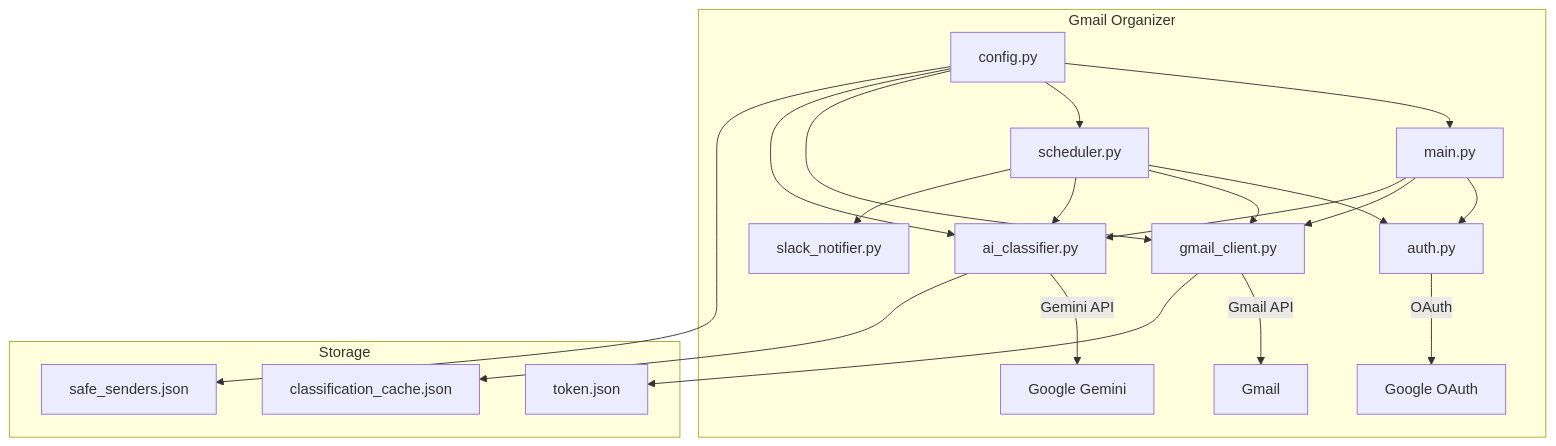
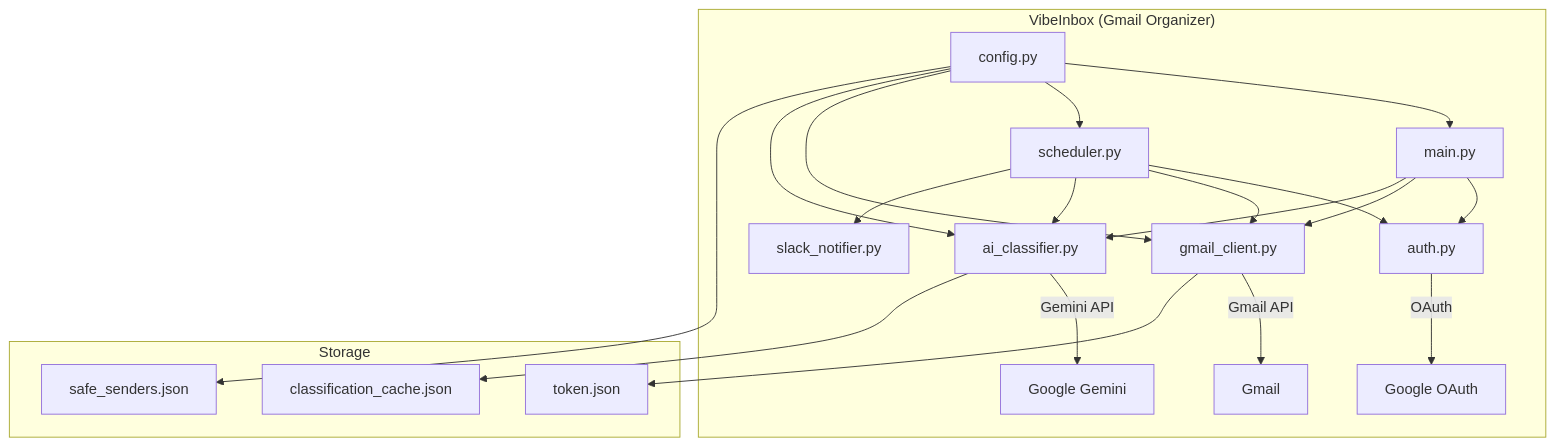
One commit to kks0488/vibe-inbox changed the diagram in docs/architecture.md. Above: the diagram before and after it, drawn with Mermaid. The commit also changed other lines of this file and 2 other files, not shown here.

Commit message:
docs: rebrand as VibeInbox

````diff
--- a/docs/architecture.md
+++ b/docs/architecture.md
@@ -5,28 +5,28 @@
 ```mermaid
 graph TB
-    subgraph "Gmail Organizer"
+    subgraph "VibeInbox (Gmail Organizer)"
         M[main.py] --> A[auth.py]
         M --> G[gmail_client.py]
         M --> C[ai_classifier.py]
 
         S[scheduler.py] --> A
         S --> G
         S --> C
         S --> SL[slack_notifier.py]
 
         C --> |Gemini API| AI[Google Gemini]
         G --> |Gmail API| GM[Gmail]
         A --> |OAuth| GO[Google OAuth]
 
         CF[config.py] --> M
         CF --> S
         CF --> G
         CF --> C
     end
 
     subgraph "Storage"
         G --> TC[token.json]
         C --> CC[classification_cache.json]
         CF --> SS[safe_senders.json]
     end
 ```
````
